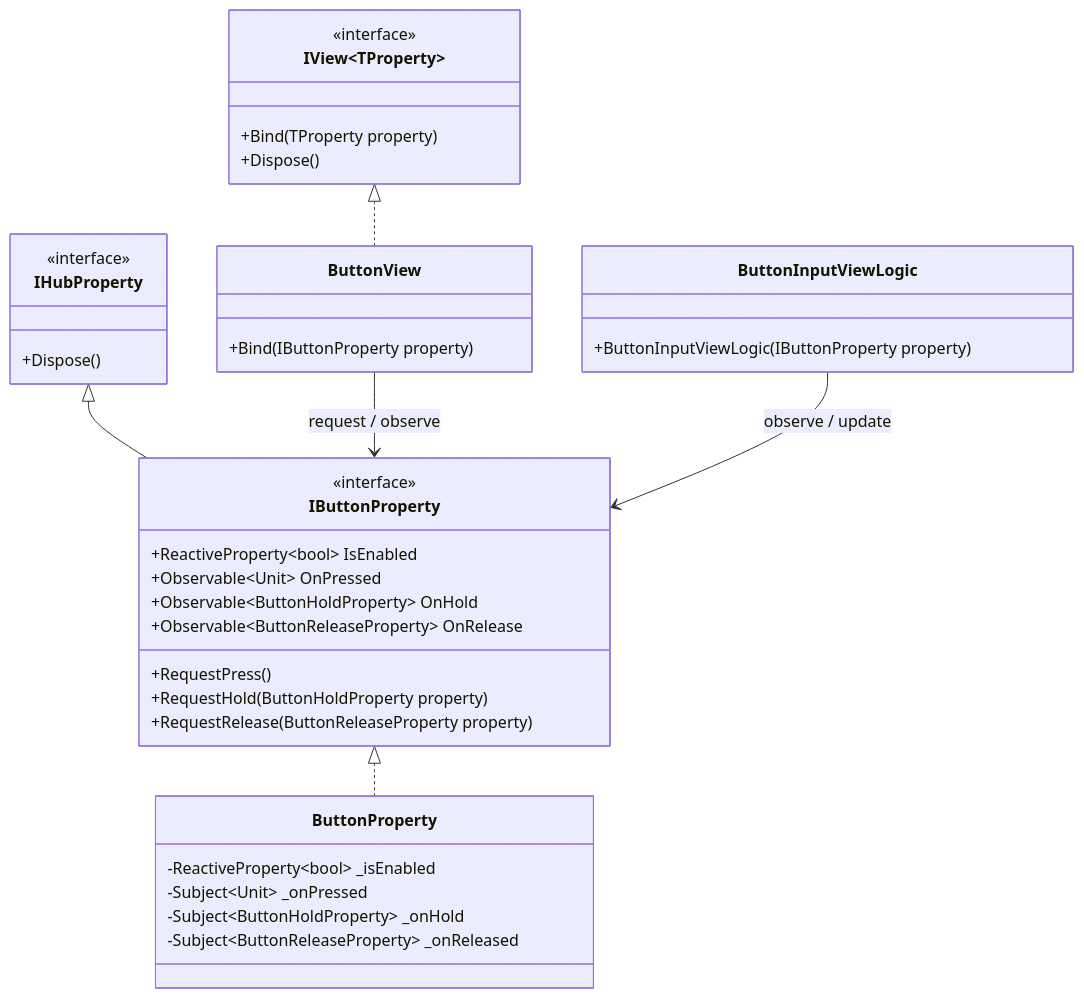
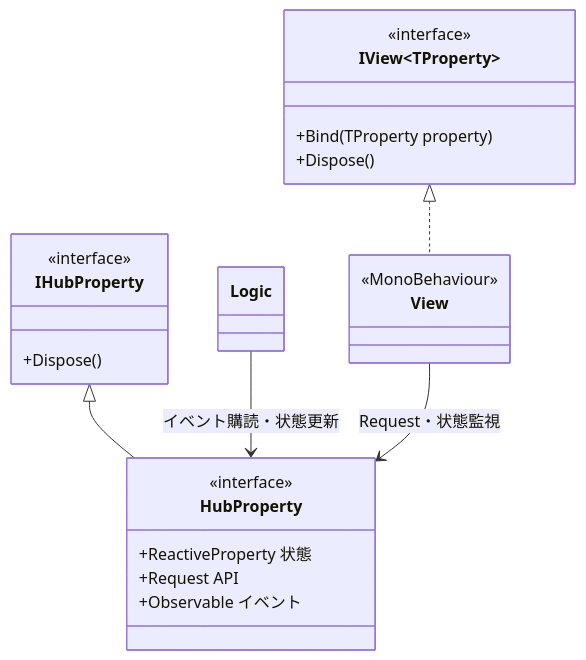
One commit to covagame/unity-logic-view-hub changed the first of 6 diagrams in doc/README.ja.md. Above: the diagram before and after it, drawn with Mermaid. The commit also changed other lines of this file and 2 other files, not shown here.

````diff
--- a/doc/README.ja.md
+++ b/doc/README.ja.md
@@ -13,45 +15,31 @@
 ```mermaid
 classDiagram
+    direction TB
+
     class IHubProperty {
         <<interface>>
         +Dispose()
+    }
+
+    class HubProperty {
+        <<interface>>
+        +ReactiveProperty 状態
+        +Request API
+        +Observable イベント
     }
 
     class IView~TProperty~ {
         <<interface>>
         +Bind(TProperty property)
         +Dispose()
     }
 
-    class IButtonProperty {
-        <<interface>>
-        +ReactiveProperty~bool~ IsEnabled
-        +Observable~Unit~ OnPressed
-        +RequestPress()
-        +Observable~ButtonHoldProperty~ OnHold
-        +RequestHold(ButtonHoldProperty property)
-        +Observable~ButtonReleaseProperty~ OnRelease
-        +RequestRelease(ButtonReleaseProperty property)
+    class View {
+        <<MonoBehaviour>>
     }
 
-    class ButtonProperty {
-        -ReactiveProperty~bool~ _isEnabled
-        -Subject~Unit~ _onPressed
-        -Subject~ButtonHoldProperty~ _onHold
-        -Subject~ButtonReleaseProperty~ _onReleased
-    }
-
-    class ButtonView {
-        +Bind(IButtonProperty property)
-    }
-
-    class ButtonInputViewLogic {
-        +ButtonInputViewLogic(IButtonProperty property)
-    }
-
-    IHubProperty <|-- IButtonProperty
-    IButtonProperty <|.. ButtonProperty
-    IView~TProperty~ <|.. ButtonView
-    ButtonView --> IButtonProperty : request / observe
-    ButtonInputViewLogic --> IButtonProperty : observe / update
+    IHubProperty <|-- HubProperty
+    IView~TProperty~ <|.. View
+    Logic --> HubProperty : イベント購読・状態更新
+    View --> HubProperty : Request・状態監視
 ```
````
